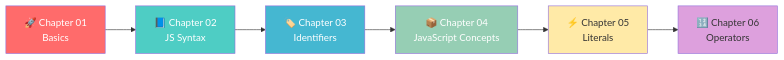
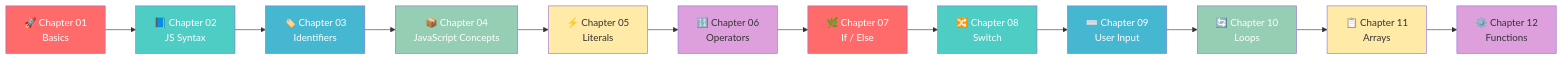
Before and after one commit to ashwinihedau/PlaywrightWithAI: the first of 9 diagrams in README.md, drawn with Mermaid. The commit also changed other lines of this file and 74 other files, not shown here.

First line of the commit message:
Add Chapters 08–12: Switch, User Input, Loops, Arrays, Functions

````diff
--- a/README.md
+++ b/README.md
@@ -24,15 +24,27 @@
 ```mermaid
 graph LR
     A[🚀 Chapter 01<br/>Basics] --> B[📘 Chapter 02<br/>JS Syntax]
     B --> C[🏷️ Chapter 03<br/>Identifiers]
     C --> D[📦 Chapter 04<br/>JavaScript Concepts]
     D --> E[⚡ Chapter 05<br/>Literals]
     E --> F[🔢 Chapter 06<br/>Operators]
+    F --> G[🌿 Chapter 07<br/>If / Else]
+    G --> H[🔀 Chapter 08<br/>Switch]
+    H --> I[⌨️ Chapter 09<br/>User Input]
+    I --> J[🔄 Chapter 10<br/>Loops]
+    J --> K[📋 Chapter 11<br/>Arrays]
+    K --> L[⚙️ Chapter 12<br/>Functions]
 
     style A fill:#FF6B6B,color:#fff
     style B fill:#4ECDC4,color:#fff
     style C fill:#45B7D1,color:#fff
     style D fill:#96CEB4,color:#fff
     style E fill:#FFEAA7,color:#333
     style F fill:#DDA0DD,color:#333
+    style G fill:#FF6B6B,color:#fff
+    style H fill:#4ECDC4,color:#fff
+    style I fill:#45B7D1,color:#fff
+    style J fill:#96CEB4,color:#fff
+    style K fill:#FFEAA7,color:#333
+    style L fill:#DDA0DD,color:#333
 ```
````
